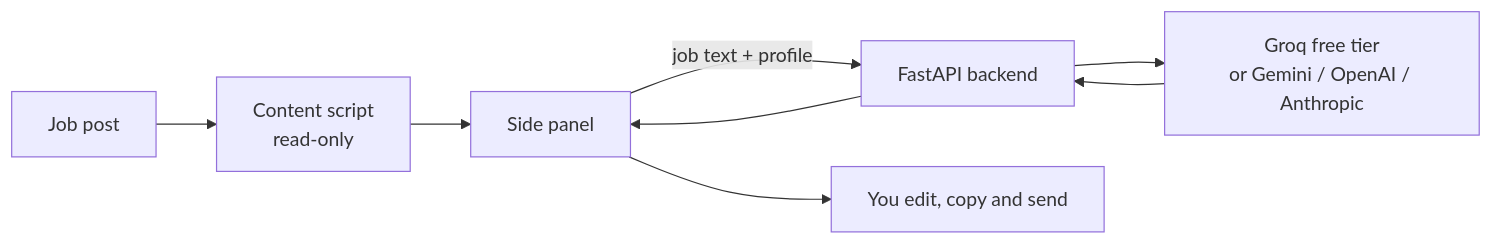
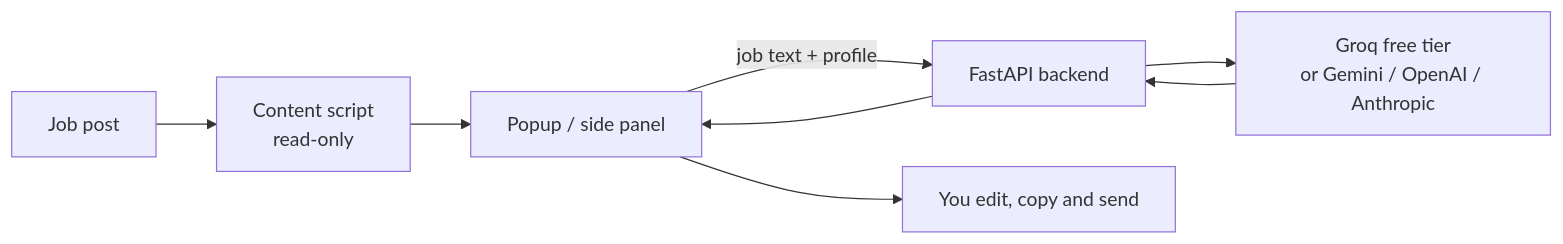
Before and after one commit to shayan9689/Browser-extension-for-freelancers: the diagram in README.md, drawn with Mermaid. The commit also changed other lines of this file and 21 other files, not shown here.

````diff
--- a/README.md
+++ b/README.md
@@ -28,9 +29,9 @@
 ```mermaid
 flowchart LR
   Page[Job post] --> CS[Content script<br/>read-only]
-  CS --> Panel[Side panel]
+  CS --> Panel[Popup / side panel]
   Panel -->|job text + profile| API[FastAPI backend]
   API --> LLM[Groq free tier<br/>or Gemini / OpenAI / Anthropic]
   LLM --> API --> Panel
   Panel --> You[You edit, copy and send]
 ```
````
